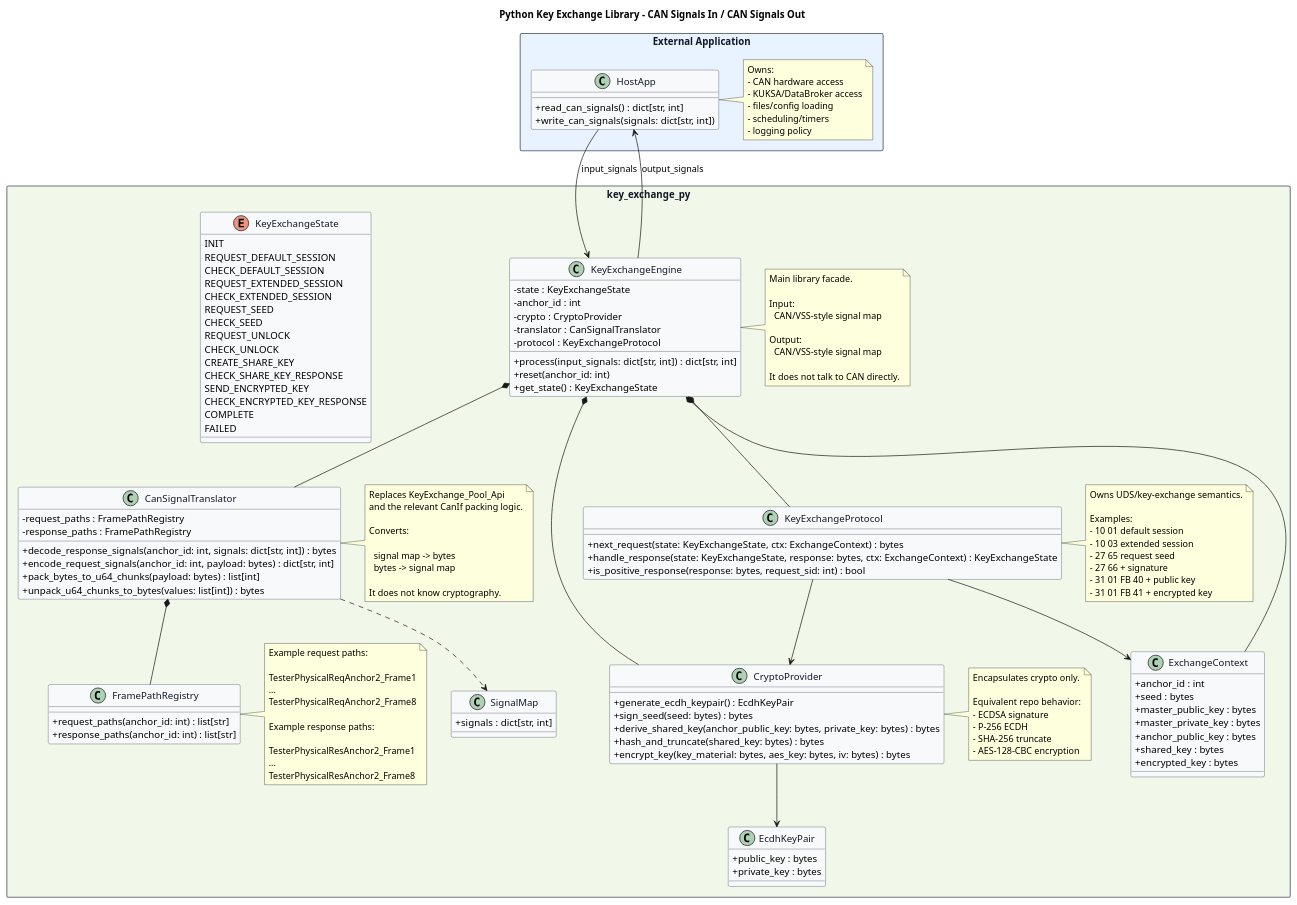
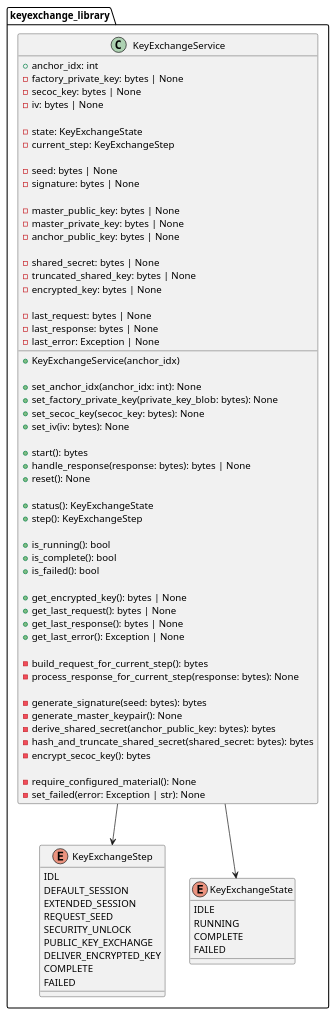
One commit to VoLinhTruc/Bosch_Internship_DaoHongMinh changed the diagram in Key_Exchange_lib/diagram/class.puml. Above: the diagram before and after it, drawn with PlantUML. The commit also changed 2 other files, not shown here.

Commit message:
static & dynamic diagram for lib

```diff
--- a/Key_Exchange_lib/diagram/class.puml
+++ b/Key_Exchange_lib/diagram/class.puml
@@ -1,192 +1,88 @@
-@startuml
-title Python Key Exchange Library - CAN Signals In / CAN Signals Out
+@startuml class
 
-skinparam packageStyle rectangle
-skinparam classAttributeIconSize 0
-skinparam shadowing false
+package "keyexchange_library" {
 
-skinparam class {
-  BackgroundColor #F8F9FB
-  BorderColor #374151
-  FontColor #111827
-}
+  class KeyExchangeService {
+    +anchor_idx: int
+    -factory_private_key: bytes | None
+    -secoc_key: bytes | None
+    -iv: bytes | None
 
-skinparam package {
-  BackgroundColor #FFFFFF
-  BorderColor #6B7280
-  FontColor #111827
-}
+    -state: KeyExchangeState
+    -current_step: KeyExchangeStep
 
-package "External Application" #E8F3FF {
-  class HostApp {
-    +read_can_signals() : dict[str, int]
-    +write_can_signals(signals: dict[str, int])
+    -seed: bytes | None
+    -signature: bytes | None
+
+    -master_public_key: bytes | None
+    -master_private_key: bytes | None
+    -anchor_public_key: bytes | None
+
+    -shared_secret: bytes | None
+    -truncated_shared_key: bytes | None
+    -encrypted_key: bytes | None
+
+    -last_request: bytes | None
+    -last_response: bytes | None
+    -last_error: Exception | None
+
+    +KeyExchangeService(anchor_idx)
+
+    +set_anchor_idx(anchor_idx: int): None
+    +set_factory_private_key(private_key_blob: bytes): None
+    +set_secoc_key(secoc_key: bytes): None
+    +set_iv(iv: bytes): None
+
+    +start(): bytes
+    +handle_response(response: bytes): bytes | None
+    +reset(): None
+
+    +status(): KeyExchangeState
+    +step(): KeyExchangeStep
+
+    +is_running(): bool
+    +is_complete(): bool
+    +is_failed(): bool
+
+    +get_encrypted_key(): bytes | None
+    +get_last_request(): bytes | None
+    +get_last_response(): bytes | None
+    +get_last_error(): Exception | None
+
+    -build_request_for_current_step(): bytes
+    -process_response_for_current_step(response: bytes): None
+
+    -generate_signature(seed: bytes): bytes
+    -generate_master_keypair(): None
+    -derive_shared_secret(anchor_public_key: bytes): bytes
+    -hash_and_truncate_shared_secret(shared_secret: bytes): bytes
+    -encrypt_secoc_key(): bytes
+
+    -require_configured_material(): None
+    -set_failed(error: Exception | str): None
   }
 
-  note right of HostApp
-    Owns:
-    - CAN hardware access
-    - KUKSA/DataBroker access
-    - files/config loading
-    - scheduling/timers
-    - logging policy
-  end note
-}
-
-package "key_exchange_py" #F1F8E9 {
-
-  class KeyExchangeEngine {
-    -state : KeyExchangeState
-    -anchor_id : int
-    -crypto : CryptoProvider
-    -translator : CanSignalTranslator
-    -protocol : KeyExchangeProtocol
-
-    +process(input_signals: dict[str, int]) : dict[str, int]
-    +reset(anchor_id: int)
-    +get_state() : KeyExchangeState
-  }
-
-  note right of KeyExchangeEngine
-    Main library facade.
-
-    Input:
-      CAN/VSS-style signal map
-
-    Output:
-      CAN/VSS-style signal map
-
-    It does not talk to CAN directly.
-  end note
-
-  enum KeyExchangeState {
-    INIT
-    REQUEST_DEFAULT_SESSION
-    CHECK_DEFAULT_SESSION
-    REQUEST_EXTENDED_SESSION
-    CHECK_EXTENDED_SESSION
+  enum KeyExchangeStep {
+    IDL
+    DEFAULT_SESSION
+    EXTENDED_SESSION
     REQUEST_SEED
-    CHECK_SEED
-    REQUEST_UNLOCK
-    CHECK_UNLOCK
-    CREATE_SHARE_KEY
-    CHECK_SHARE_KEY_RESPONSE
-    SEND_ENCRYPTED_KEY
-    CHECK_ENCRYPTED_KEY_RESPONSE
+    SECURITY_UNLOCK
+    PUBLIC_KEY_EXCHANGE
+    DELIVER_ENCRYPTED_KEY
     COMPLETE
     FAILED
   }
 
-  class CanSignalTranslator {
-    -request_paths : FramePathRegistry
-    -response_paths : FramePathRegistry
-
-    +decode_response_signals(anchor_id: int, signals: dict[str, int]) : bytes
-    +encode_request_signals(anchor_id: int, payload: bytes) : dict[str, int]
-    +pack_bytes_to_u64_chunks(payload: bytes) : list[int]
-    +unpack_u64_chunks_to_bytes(values: list[int]) : bytes
-  }
-
-  note right of CanSignalTranslator
-    Replaces KeyExchange_Pool_Api
-    and the relevant CanIf packing logic.
-
-    Converts:
-
-      signal map -> bytes
-      bytes -> signal map
-
-    It does not know cryptography.
-  end note
-
-  class FramePathRegistry {
-    +request_paths(anchor_id: int) : list[str]
-    +response_paths(anchor_id: int) : list[str]
-  }
-
-  note right of FramePathRegistry
-    Example request paths:
-
-    TesterPhysicalReqAnchor2_Frame1
-    ...
-    TesterPhysicalReqAnchor2_Frame8
-
-    Example response paths:
-
-    TesterPhysicalResAnchor2_Frame1
-    ...
-    TesterPhysicalResAnchor2_Frame8
-  end note
-
-  class KeyExchangeProtocol {
-    +next_request(state: KeyExchangeState, ctx: ExchangeContext) : bytes
-    +handle_response(state: KeyExchangeState, response: bytes, ctx: ExchangeContext) : KeyExchangeState
-    +is_positive_response(response: bytes, request_sid: int) : bool
-  }
-
-  note right of KeyExchangeProtocol
-    Owns UDS/key-exchange semantics.
-
-    Examples:
-    - 10 01 default session
-    - 10 03 extended session
-    - 27 65 request seed
-    - 27 66 + signature
-    - 31 01 FB 40 + public key
-    - 31 01 FB 41 + encrypted key
-  end note
-
-  class ExchangeContext {
-    +anchor_id : int
-    +seed : bytes
-    +master_public_key : bytes
-    +master_private_key : bytes
-    +anchor_public_key : bytes
-    +shared_key : bytes
-    +encrypted_key : bytes
-  }
-
-  class CryptoProvider {
-    +generate_ecdh_keypair() : EcdhKeyPair
-    +sign_seed(seed: bytes) : bytes
-    +derive_shared_key(anchor_public_key: bytes, private_key: bytes) : bytes
-    +hash_and_truncate(shared_key: bytes) : bytes
-    +encrypt_key(key_material: bytes, aes_key: bytes, iv: bytes) : bytes
-  }
-
-  note right of CryptoProvider
-    Encapsulates crypto only.
-
-    Equivalent repo behavior:
-    - ECDSA signature
-    - P-256 ECDH
-    - SHA-256 truncate
-    - AES-128-CBC encryption
-  end note
-
-  class EcdhKeyPair {
-    +public_key : bytes
-    +private_key : bytes
-  }
-
-  class SignalMap {
-    +signals : dict[str, int]
+  enum KeyExchangeState {
+    IDLE
+    RUNNING
+    COMPLETE
+    FAILED
   }
 }
 
-HostApp --> KeyExchangeEngine : input_signals
-KeyExchangeEngine --> HostApp : output_signals
-
-KeyExchangeEngine *-- CanSignalTranslator
-KeyExchangeEngine *-- KeyExchangeProtocol
-KeyExchangeEngine *-- CryptoProvider
-KeyExchangeEngine *-- ExchangeContext
-
-CanSignalTranslator *-- FramePathRegistry
-CanSignalTranslator ..> SignalMap
-
-KeyExchangeProtocol --> CryptoProvider
-KeyExchangeProtocol --> ExchangeContext
-CryptoProvider --> EcdhKeyPair
+KeyExchangeService --> KeyExchangeStep
+KeyExchangeService --> KeyExchangeState
 
 @enduml
```
